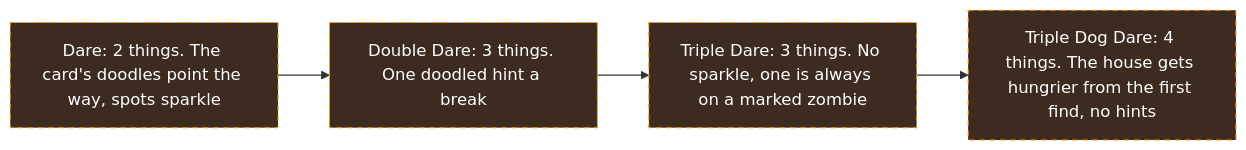
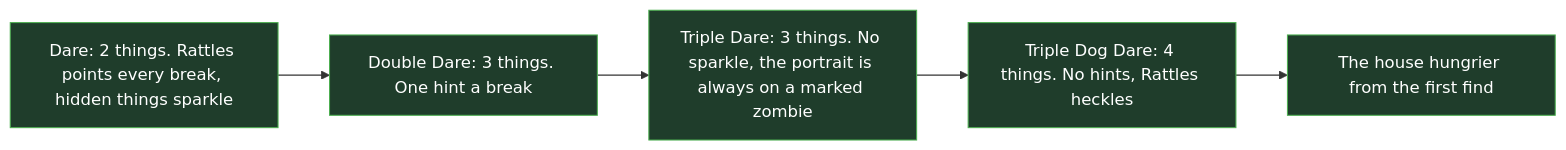
Before and after one commit to Tanner-Scadden/munch-manor: the sixth of 7 diagrams in FLOW.md, drawn with Mermaid. The commit also changed other lines of this file and 5 other files, not shown here.

````diff
--- a/FLOW.md
+++ b/FLOW.md
@@ -210,8 +207,9 @@
 ```mermaid
 flowchart LR
-  easy[Dare: 2 things. The card's doodles point the way, spots sparkle]:::proposed --> normal[Double Dare: 3 things. One doodled hint a break]:::proposed
-  normal --> hard[Triple Dare: 3 things. No sparkle, one is always on a marked zombie]:::proposed
-  hard --> nightmare[Triple Dog Dare: 4 things. The house gets hungrier from the first find, no hints]:::proposed
+  easy[Dare: 2 things. Rattles points every break, hidden things sparkle]:::built --> normal[Double Dare: 3 things. One hint a break]:::built
+  normal --> hard[Triple Dare: 3 things. No sparkle, the portrait is always on a marked zombie]:::built
+  hard --> nightmare[Triple Dog Dare: 4 things. No hints, Rattles heckles]:::built
+  nightmare --> hungrier[The house hungrier from the first find]:::built
 
-  classDef proposed fill:#3d2b1f,stroke:#ff9800,color:#fff,stroke-dasharray: 5 5
+  classDef built fill:#1f3d2b,stroke:#4caf50,color:#fff
 ```
````
